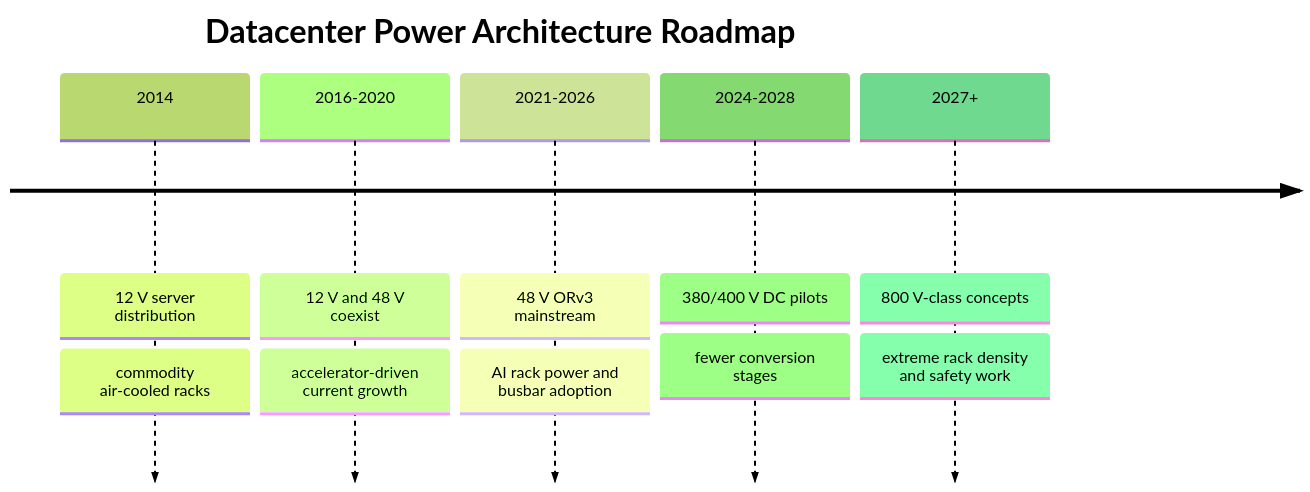
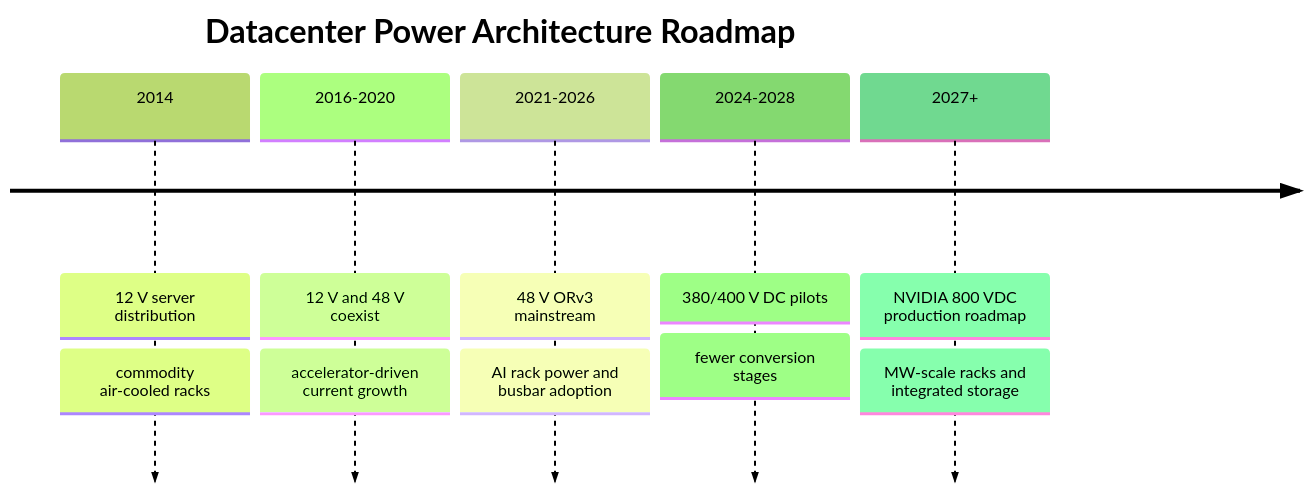
Before and after one commit to FrankHuang94/powersemi_database_gpt: the first of 2 diagrams in dc-power-semiconductor-db/02_power_architecture_roadmap.md, drawn with Mermaid (forest theme). The commit also changed other lines of this file and 16 other files, not shown here.

````diff
--- a/dc-power-semiconductor-db/02_power_architecture_roadmap.md
+++ b/dc-power-semiconductor-db/02_power_architecture_roadmap.md
@@ -24,9 +30,9 @@
 ```mermaid
 timeline
   title Datacenter Power Architecture Roadmap
   2014 : 12 V server distribution : commodity air-cooled racks
   2016-2020 : 12 V and 48 V coexist : accelerator-driven current growth
   2021-2026 : 48 V ORv3 mainstream : AI rack power and busbar adoption
   2024-2028 : 380/400 V DC pilots : fewer conversion stages
-  2027+ : 800 V-class concepts : extreme rack density and safety work
+  2027+ : NVIDIA 800 VDC production roadmap : MW-scale racks and integrated storage
 ```
````
